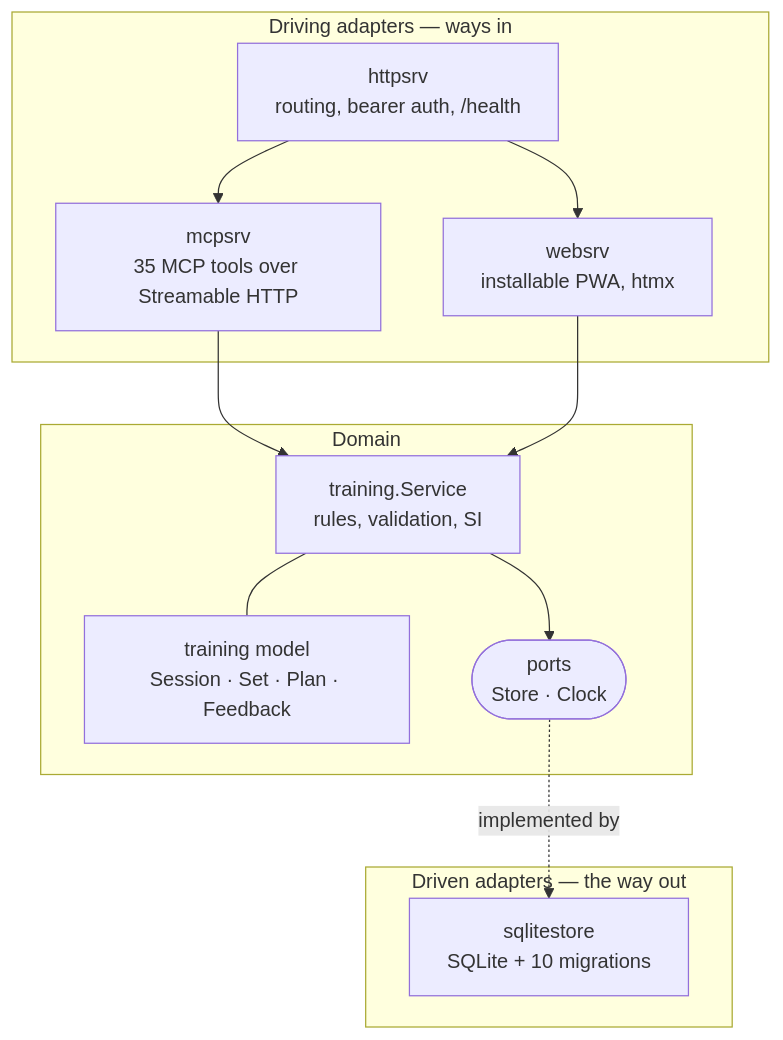
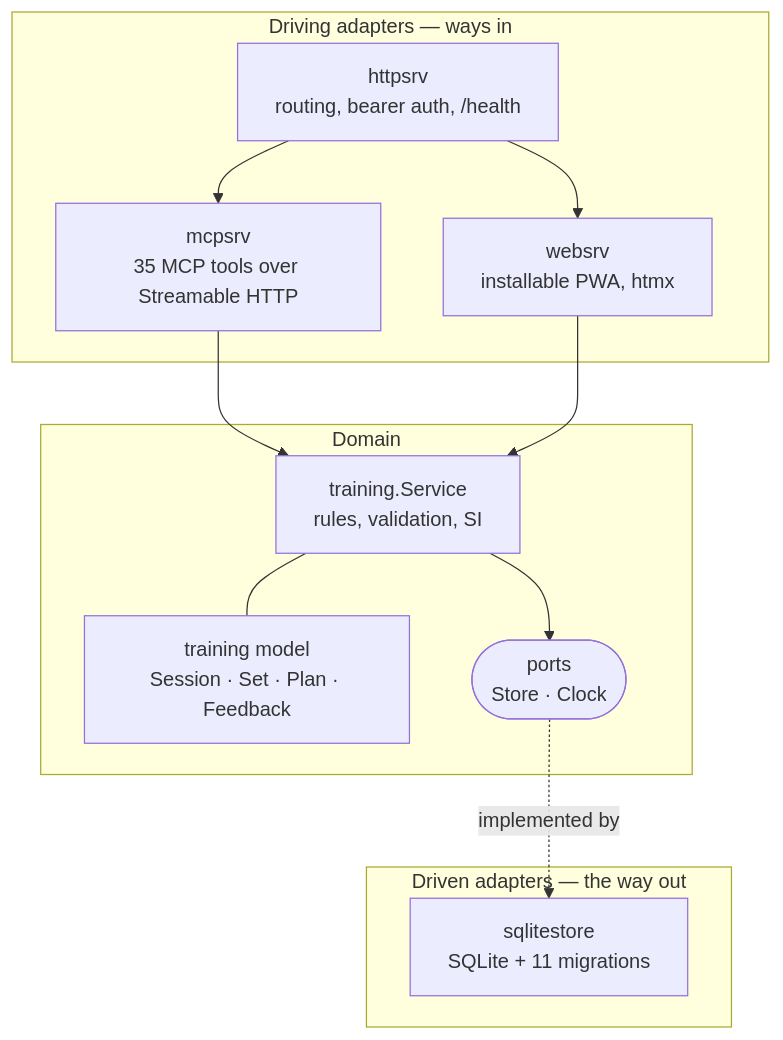
Before and after one commit to FullFran/training-mcp: the diagram in docs/architecture.md, drawn with Mermaid. The commit also changed other lines of this file and 12 other files, not shown here.

````diff
--- a/docs/architecture.md
+++ b/docs/architecture.md
@@ -13,26 +13,26 @@
 ```mermaid
 flowchart TB
     subgraph driving["Driving adapters — ways in"]
         MCP["mcpsrv<br/>35 MCP tools over Streamable HTTP"]
         WEB["websrv<br/>installable PWA, htmx"]
         HTTP["httpsrv<br/>routing, bearer auth, /health"]
     end
 
     subgraph core["Domain"]
         SVC["training.Service<br/>rules, validation, SI"]
         MODEL["training model<br/>Session · Set · Plan · Feedback"]
         PORTS(["ports<br/>Store · Clock"])
     end
 
     subgraph driven["Driven adapters — the way out"]
-        SQL["sqlitestore<br/>SQLite + 10 migrations"]
+        SQL["sqlitestore<br/>SQLite + 11 migrations"]
     end
 
     HTTP --> MCP
     HTTP --> WEB
     MCP --> SVC
     WEB --> SVC
     SVC --- MODEL
     SVC --> PORTS
     PORTS -.implemented by.-> SQL
 ```
````
